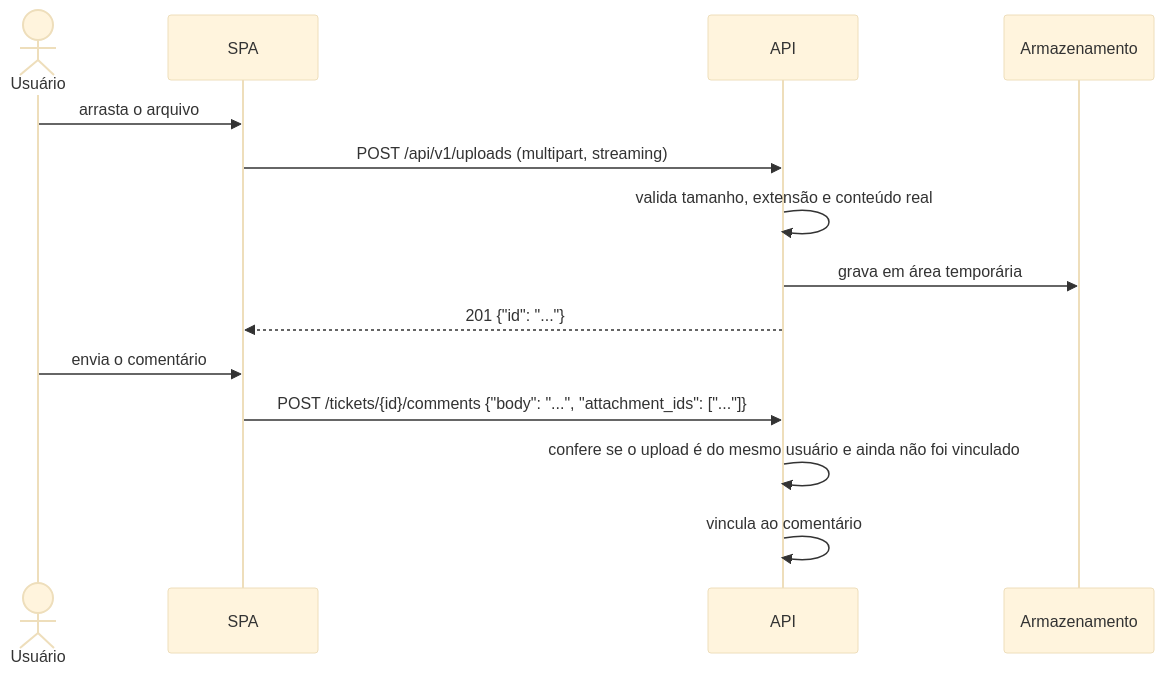
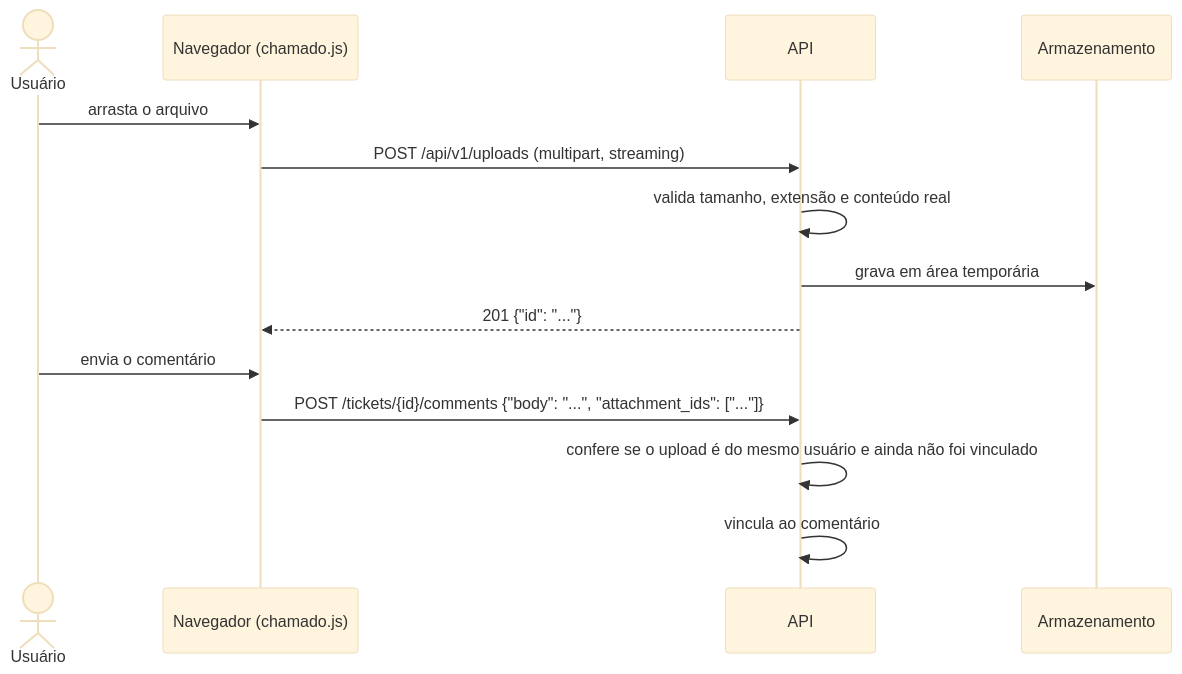
Before and after one commit to 0LB-i/ticketflow: the diagram in docs/11-anexos-e-arquivos.md, drawn with Mermaid (base theme). The commit also changed 88 other files, not shown here.

````diff
--- a/docs/11-anexos-e-arquivos.md
+++ b/docs/11-anexos-e-arquivos.md
@@ -53,16 +53,16 @@
 ```mermaid
 sequenceDiagram
     actor U as Usuário
-    participant S as SPA
+    participant S as Navegador (chamado.js)
     participant A as API
     participant ST as Armazenamento
     U->>S: arrasta o arquivo
     S->>A: POST /api/v1/uploads (multipart, streaming)
     A->>A: valida tamanho, extensão e conteúdo real
     A->>ST: grava em área temporária
     A-->>S: 201 {"id": "..."}
     U->>S: envia o comentário
     S->>A: POST /tickets/{id}/comments {"body": "...", "attachment_ids": ["..."]}
     A->>A: confere se o upload é do mesmo usuário e ainda não foi vinculado
     A->>A: vincula ao comentário
 ```
````
